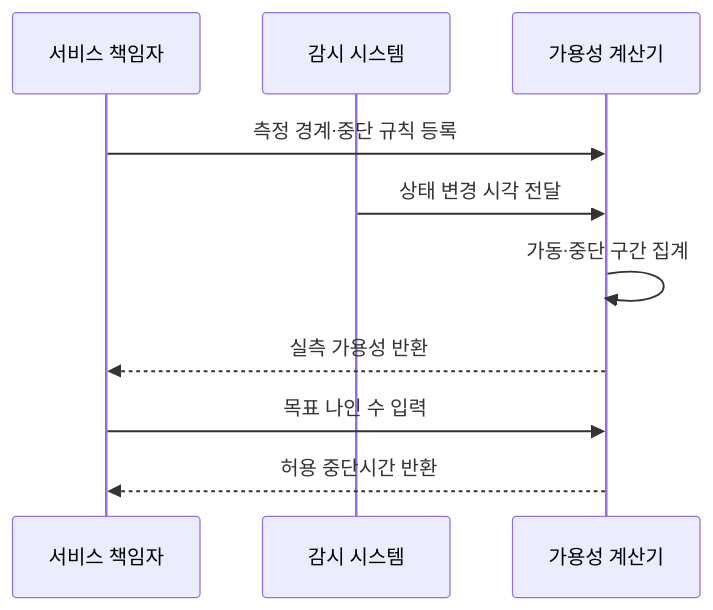
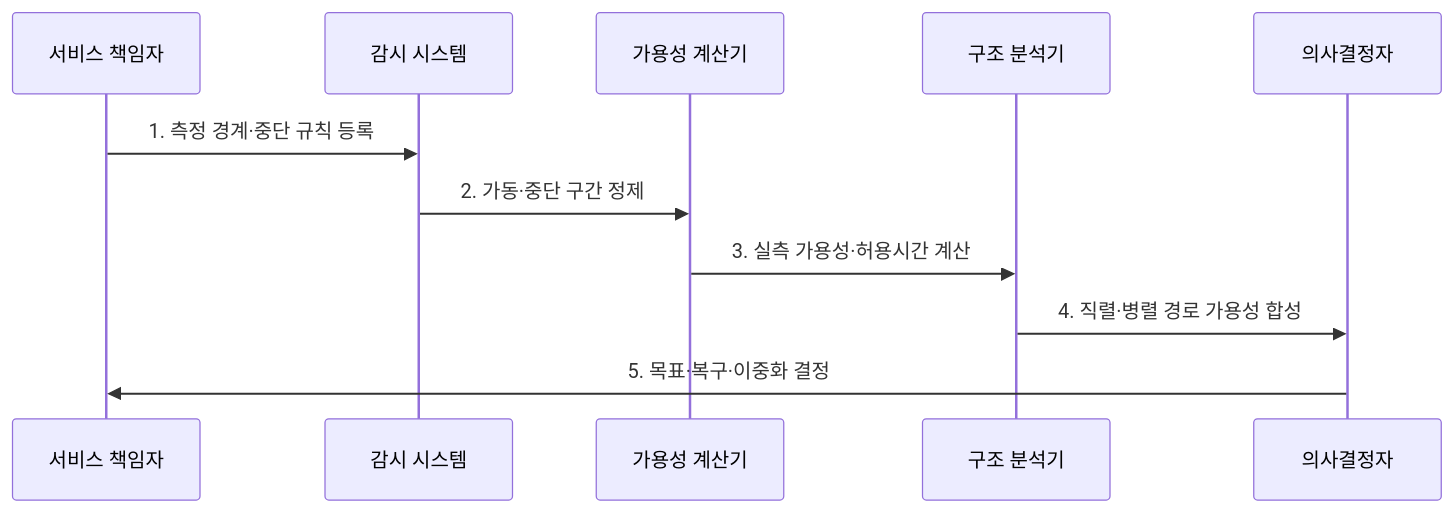
Before and after one commit to agnusdei1207/knowledge-base: the second of 2 diagrams in src/content/docs/notes/06-evaluation/013_availability_calculation.md, drawn with Mermaid. The commit also changed other lines of this file and 6 other files, not shown here.

````diff
--- a/src/content/docs/notes/06-evaluation/013_availability_calculation.md
+++ b/src/content/docs/notes/06-evaluation/013_availability_calculation.md
@@ -78,12 +78,13 @@
 ```mermaid
 sequenceDiagram
-    participant O as 서비스 책임자
-    participant M as 감시 시스템
-    participant C as 가용성 계산기
-    O->>C: 측정 경계·중단 규칙 등록
-    M->>C: 상태 변경 시각 전달
-    C->>C: 가동·중단 구간 집계
-    C-->>O: 실측 가용성 반환
-    O->>C: 목표 나인 수 입력
-    C-->>O: 허용 중단시간 반환
+  participant O as 서비스 책임자
+  participant M as 감시 시스템
+  participant C as 가용성 계산기
+  participant A as 구조 분석기
+  participant D as 의사결정자
+  O->>M: 1. 측정 경계·중단 규칙 등록
+  M->>C: 2. 가동·중단 구간 정제
+  C->>A: 3. 실측 가용성·허용시간 계산
+  A->>D: 4. 직렬·병렬 경로 가용성 합성
+  D->>O: 5. 목표·복구·이중화 결정
 ```
````
